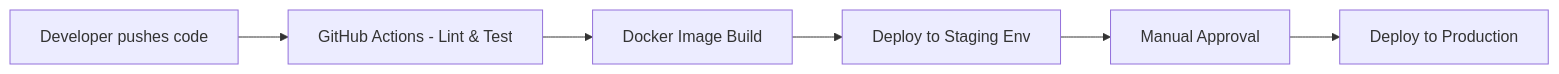
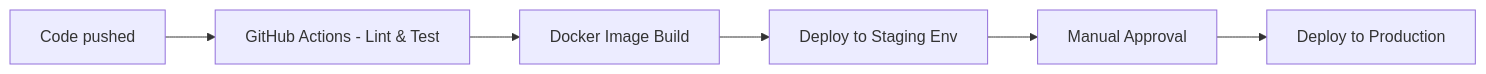
One commit to razackou/store-management-api changed the fifth of 5 diagrams in README.md. Above: the diagram before and after it, drawn with Mermaid. The commit also changed other lines of this file, not shown here.

Commit message:
updating diagrams in Readme

````diff
--- a/README.md
+++ b/README.md
@@ -485,8 +485,8 @@
 ```mermaid
 flowchart LR
-    Dev[Developer pushes code] --> CI[GitHub Actions - Lint & Test]
+    Dev[Code pushed] --> CI[GitHub Actions - Lint & Test]
     CI --> Build[Docker Image Build]
     Build --> Staging[Deploy to Staging Env]
     Staging --> Approval[Manual Approval]
     Approval --> Prod[Deploy to Production]
 ```
````
